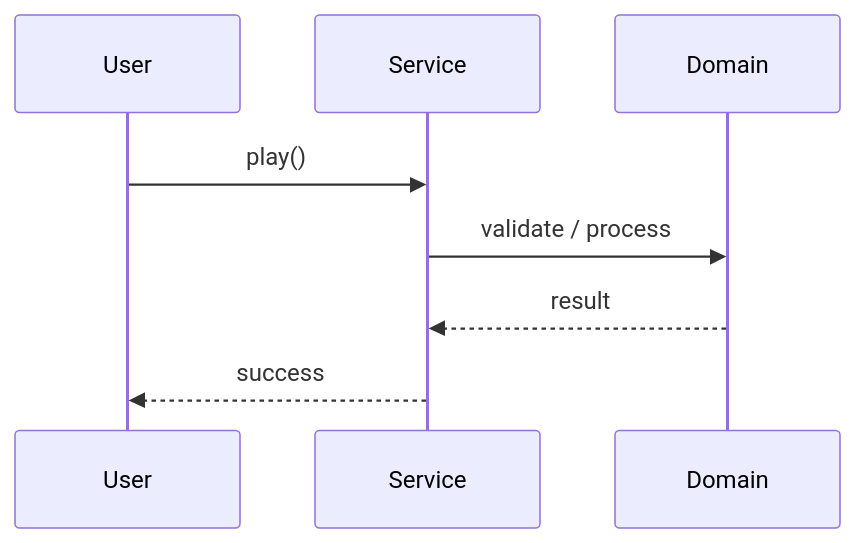
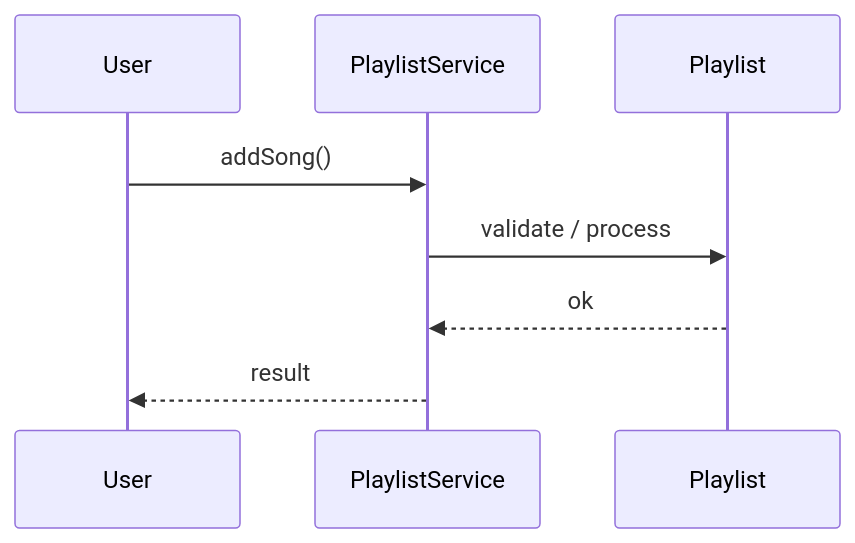
The second of 3 diagrams in Learn/System Design - Low Level Design/02-classic-ood/questions/Q42-playlist-manager.md (madhupaila/Interview-Prep-SSE), drawn with Mermaid before and after one commit. The commit also changed other lines of this file and 491 other files, not shown here.

````diff
--- a/Learn/System Design - Low Level Design/02-classic-ood/questions/Q42-playlist-manager.md
+++ b/Learn/System Design - Low Level Design/02-classic-ood/questions/Q42-playlist-manager.md
@@ -122,10 +149,10 @@
 ```mermaid
 sequenceDiagram
-    participant U as User
-    participant S as Service
-    participant D as Domain
-    U->>S: play()
-    S->>D: validate / process
-    D-->>S: result
-    S-->>U: success
+participant U as User
+participant S as PlaylistService
+participant D as Playlist
+U->>S: addSong()
+S->>D: validate / process
+D-->>S: ok
+S-->>U: result
 ```
````
